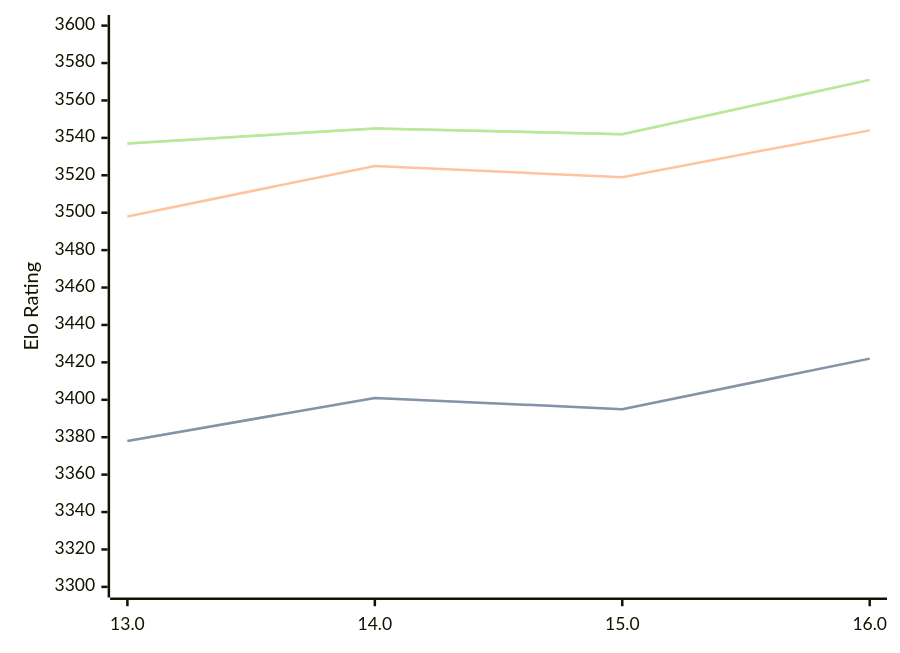
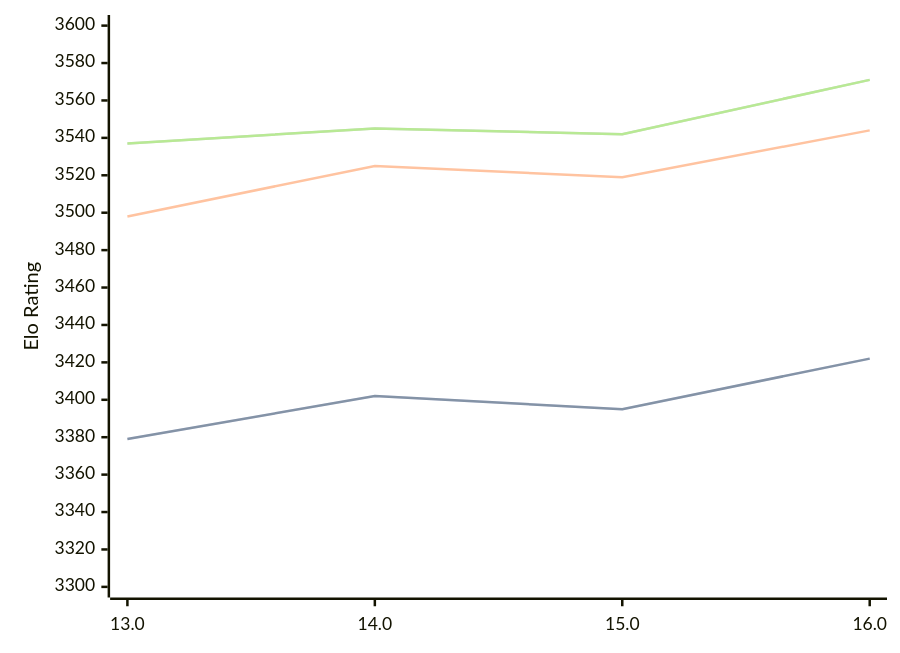
One commit to computer-chess-index/cci changed the third of 3 diagrams in engines/Obsidian.md. Above: the diagram before and after it, drawn with Mermaid. The commit also changed other lines of this file, not shown here.

````diff
--- a/engines/Obsidian.md
+++ b/engines/Obsidian.md
@@ -76,11 +76,11 @@
 ```mermaid
 %%{init: {"theme":"base","themeVariables":{"seriesColors:['#a3a3a3','#222221','#faa371']}}}%%
 xychart-beta
   x-axis ["13.0", "14.0", "15.0", "16.0"]
   y-axis "Elo Rating" 3300 --> 3600
-  line "STC (8.0+0.08s)" [3378, 3401, 3395, 3422]
-  line "STC (8.0+0.08s)" [3378, 3401, 3395, 3422]
+  line "STC (8.0+0.08s)" [3379, 3402, 3395, 3422]
+  line "STC (8.0+0.08s)" [3379, 3402, 3395, 3422]
   line "LTC (60.0+0.60s)" [3498, 3525, 3519, 3544]
   line "VLTC (2m24s+1.12s)" [3537, 3545, 3542, 3571]
   line "VLTC (2m24s+1.12s)" [3537, 3545, 3542, 3571]
 ```
````
